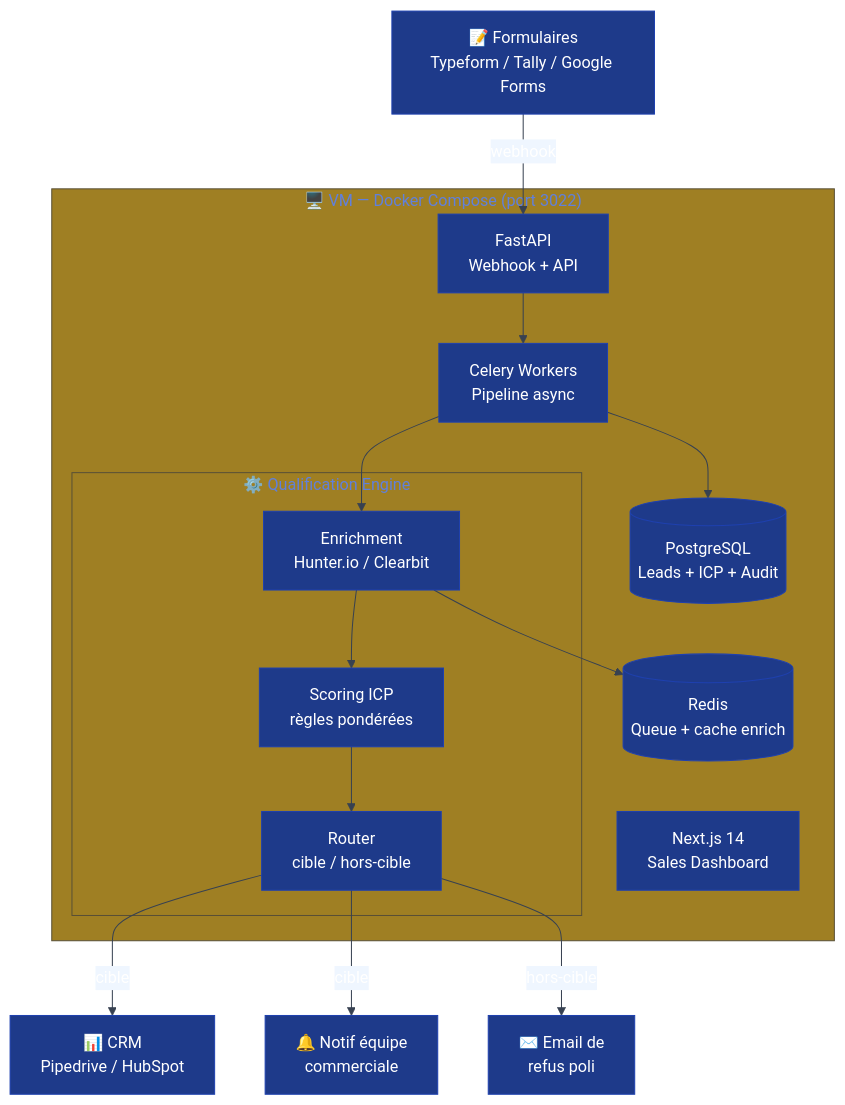
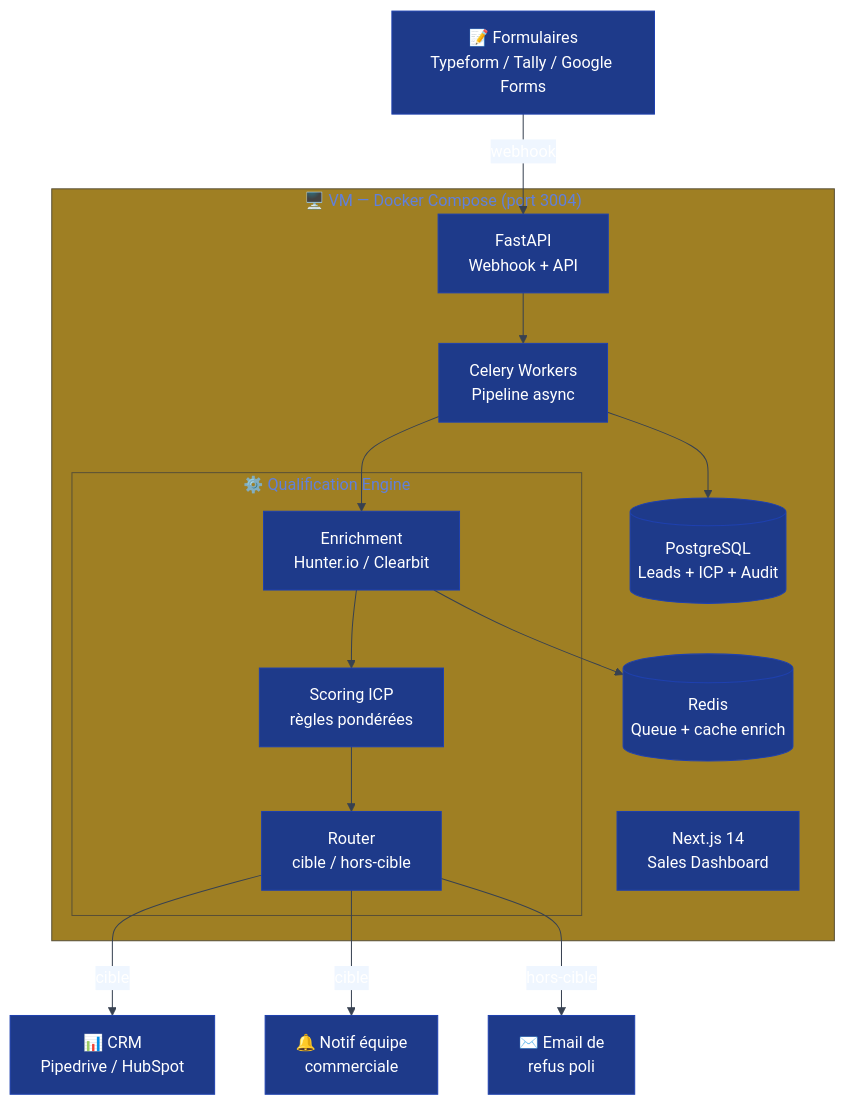
Before and after one commit to Wikolabs/leadpilot: the first of 3 diagrams in README.md, drawn with Mermaid. The commit also changed other lines of this file and 5 other files, not shown here.

````diff
--- a/README.md
+++ b/README.md
@@ -117,28 +117,28 @@
 ```mermaid
 %%{init: {'theme': 'base', 'themeVariables': {'primaryColor': '#1e3a8a', 'primaryTextColor': '#fff', 'primaryBorderColor': '#1e40af', 'lineColor': '#374151', 'secondaryColor': '#eff6ff'}}}%%
 flowchart TB
     FORMS["📝 Formulaires\nTypeform / Tally / Google Forms"] -->|webhook| API
 
-    subgraph VM["🖥️ VM — Docker Compose (port 3022)"]
+    subgraph VM["🖥️ VM — Docker Compose (port 3004)"]
         NEXT["Next.js 14\nSales Dashboard"]
         API["FastAPI\nWebhook + API"]
         CELERY["Celery Workers\nPipeline async"]
 
         subgraph ENGINE["⚙️ Qualification Engine"]
             ENRICH["Enrichment\nHunter.io / Clearbit"]
             SCORE["Scoring ICP\nrègles pondérées"]
             ROUTE["Router\ncible / hors-cible"]
         end
 
         PG[("PostgreSQL\nLeads + ICP + Audit")]
         REDIS[("Redis\nQueue + cache enrich")]
     end
 
     API --> CELERY
     CELERY --> ENRICH --> SCORE --> ROUTE
     ROUTE -->|cible| CRM["📊 CRM\nPipedrive / HubSpot"]
     ROUTE -->|cible| NOTIF["🔔 Notif équipe\ncommerciale"]
     ROUTE -->|hors-cible| REJECT["✉️ Email de\nrefus poli"]
     CELERY --> PG
     ENRICH --> REDIS
 ```
````
